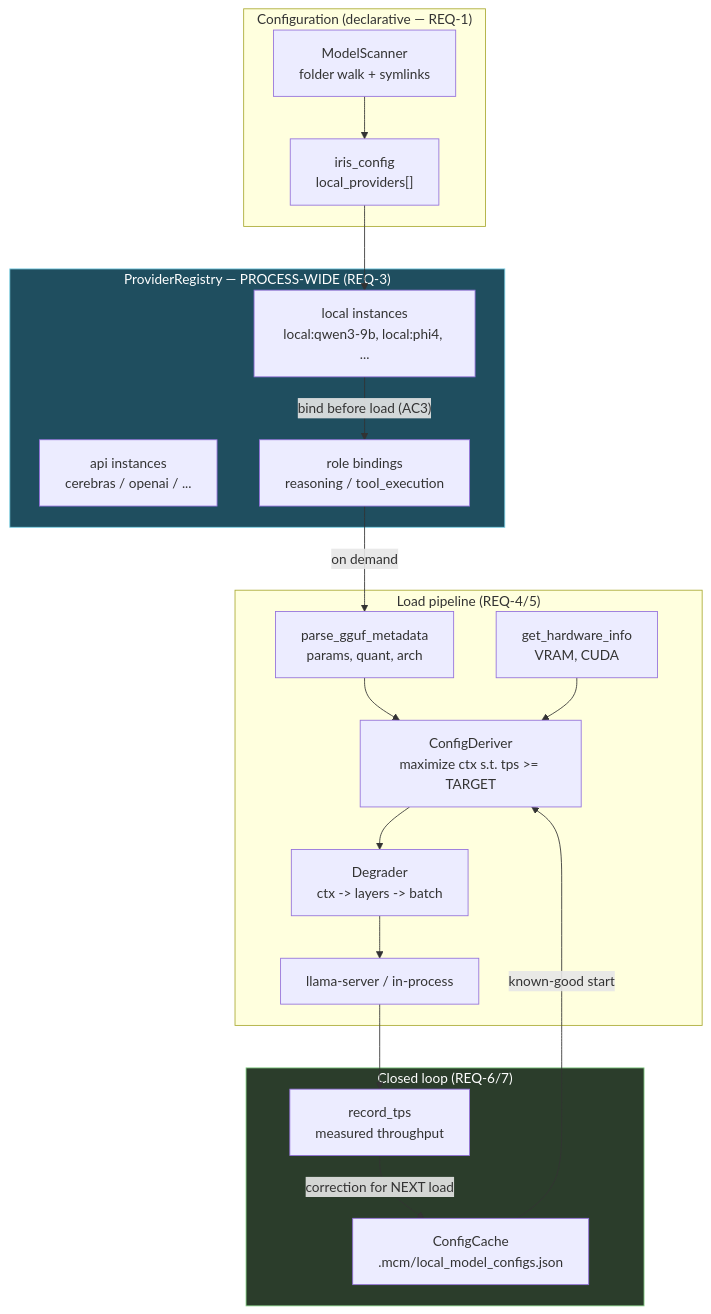
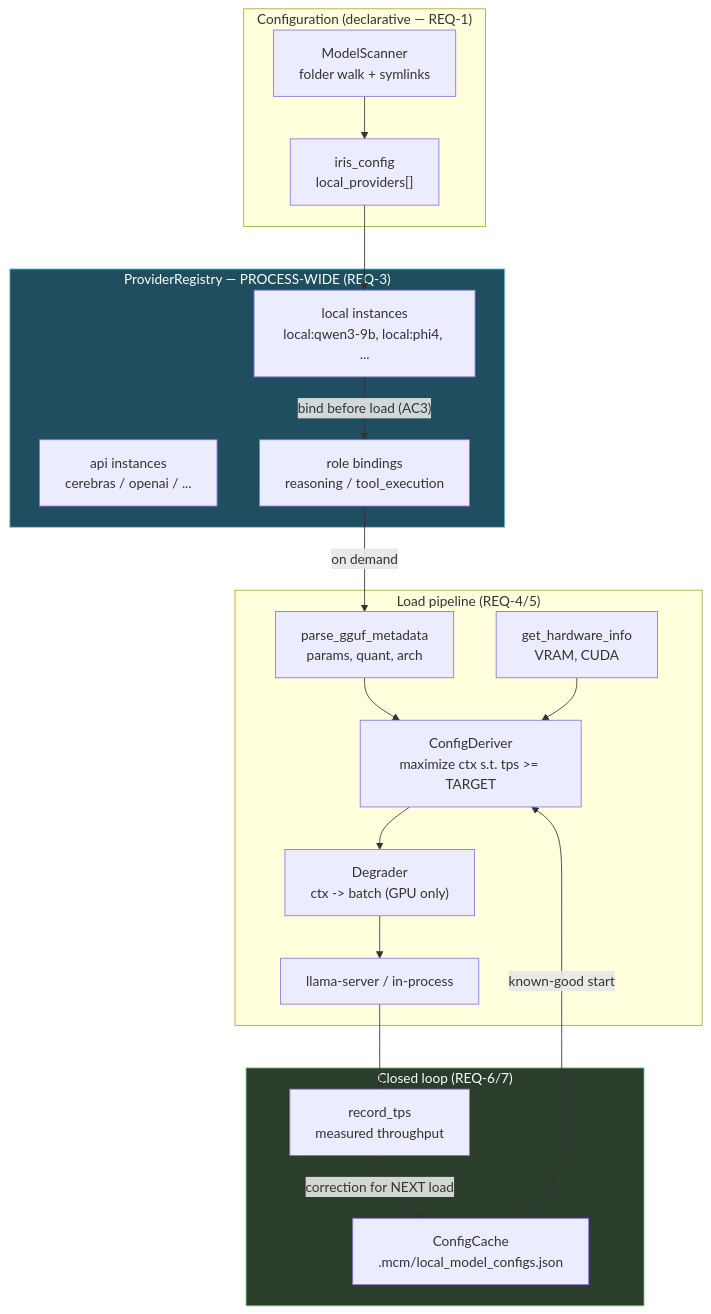
One commit to Midast0uch/IRISVOICE changed the first of 2 diagrams in specs/local-model-provider-parity/design.md. Above: the diagram before and after it, drawn with Mermaid. The commit also changed other lines of this file and 2 other files, not shown here.

First line of the commit message:
spec(local-model): GPU-only degradation + design out the context-window risk

````diff
--- a/specs/local-model-provider-parity/design.md
+++ b/specs/local-model-provider-parity/design.md
@@ -35,40 +36,40 @@
 ```mermaid
 graph TB
     subgraph CONFIG["Configuration (declarative — REQ-1)"]
         CFG["iris_config<br/>local_providers[]"]
         SCAN["ModelScanner<br/>folder walk + symlinks"]
     end
 
     subgraph REG["ProviderRegistry — PROCESS-WIDE (REQ-3)"]
         API["api instances<br/>cerebras / openai / ..."]
         LOC["local instances<br/>local:qwen3-9b, local:phi4, ..."]
         BIND["role bindings<br/>reasoning / tool_execution"]
     end
 
     subgraph LOAD["Load pipeline (REQ-4/5)"]
         META["parse_gguf_metadata<br/>params, quant, arch"]
         HW["get_hardware_info<br/>VRAM, CUDA"]
         DERIVE["ConfigDeriver<br/>maximize ctx s.t. tps >= TARGET"]
-        DEGRADE["Degrader<br/>ctx -> layers -> batch"]
+        DEGRADE["Degrader<br/>ctx -> batch (GPU only)"]
         SERVE["llama-server / in-process"]
     end
 
     subgraph LEARN["Closed loop (REQ-6/7)"]
         TPS["record_tps<br/>measured throughput"]
         CACHE["ConfigCache<br/>.mcm/local_model_configs.json"]
     end
 
     CFG --> LOC
     SCAN --> CFG
     LOC -->|"bind before load (AC3)"| BIND
     BIND -->|"on demand"| META
     META --> DERIVE
     HW --> DERIVE
     CACHE -->|"known-good start"| DERIVE
     DERIVE --> DEGRADE --> SERVE
     SERVE --> TPS
     TPS -->|"correction for NEXT load"| CACHE
 
     style REG fill:#1f4e5f,stroke:#7fd4e8,color:#fff
     style LEARN fill:#2b3d2b,stroke:#8ad48a,color:#fff
 ```
````
